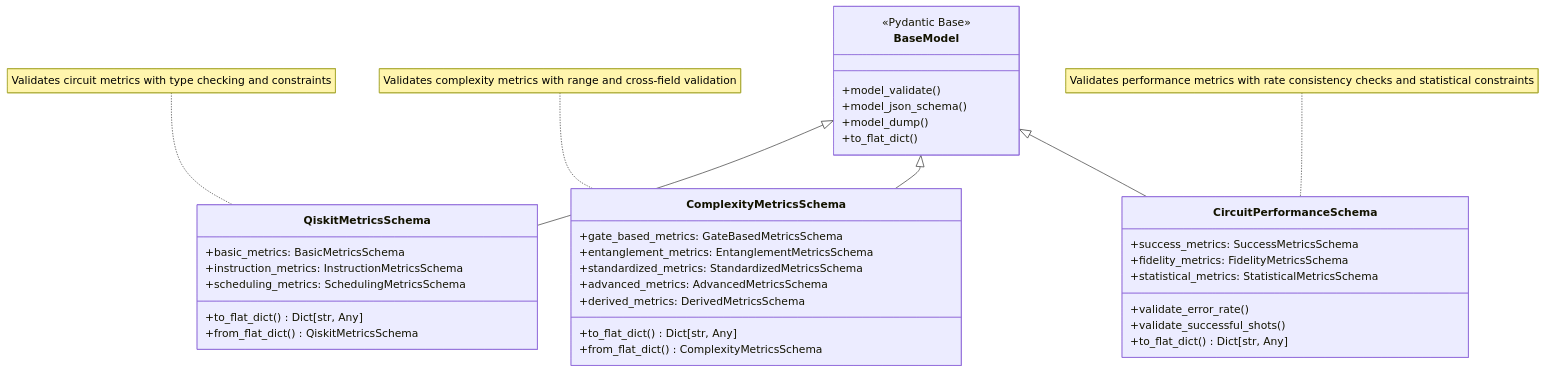
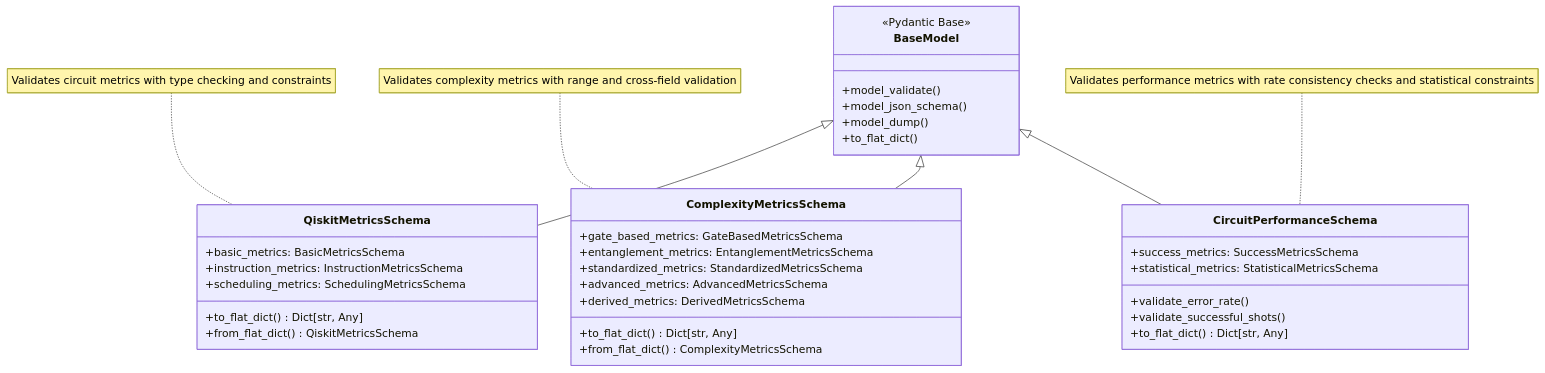
The second of 4 diagrams in docs/architecture.md (xthecapx/qiskit-qward), drawn with Mermaid before and after one commit. The commit also changed other lines of this file and 23 other files, not shown here.

First line of the commit message:
Remove fidelity metrics from CircuitPerformanceMetrics and related visualizations

````diff
--- a/docs/architecture.md
+++ b/docs/architecture.md
@@ -92,49 +92,48 @@
 ```{mermaid}
 classDiagram
     %% Schema Validation Architecture
     
     class BaseModel {
         <<Pydantic Base>>
         +model_validate()
         +model_json_schema()
         +model_dump()
         +to_flat_dict()
     }
     
     class QiskitMetricsSchema {
         +basic_metrics: BasicMetricsSchema
         +instruction_metrics: InstructionMetricsSchema
         +scheduling_metrics: SchedulingMetricsSchema
         +to_flat_dict() Dict[str, Any]
         +from_flat_dict() QiskitMetricsSchema
     }
     
     class ComplexityMetricsSchema {
         +gate_based_metrics: GateBasedMetricsSchema
         +entanglement_metrics: EntanglementMetricsSchema
         +standardized_metrics: StandardizedMetricsSchema
         +advanced_metrics: AdvancedMetricsSchema
         +derived_metrics: DerivedMetricsSchema
         +to_flat_dict() Dict[str, Any]
         +from_flat_dict() ComplexityMetricsSchema
     }
     
     class CircuitPerformanceSchema {
         +success_metrics: SuccessMetricsSchema
-        +fidelity_metrics: FidelityMetricsSchema
         +statistical_metrics: StatisticalMetricsSchema
         +validate_error_rate()
         +validate_successful_shots()
         +to_flat_dict() Dict[str, Any]
     }
 
     %% Inheritance
     BaseModel <|-- QiskitMetricsSchema
     BaseModel <|-- ComplexityMetricsSchema
     BaseModel <|-- CircuitPerformanceSchema
 
     %% Validation Features
     note for QiskitMetricsSchema "Validates circuit metrics with type checking and constraints"
     note for ComplexityMetricsSchema "Validates complexity metrics with range and cross-field validation"
     note for CircuitPerformanceSchema "Validates performance metrics with rate consistency checks and statistical constraints"
 ```
````
